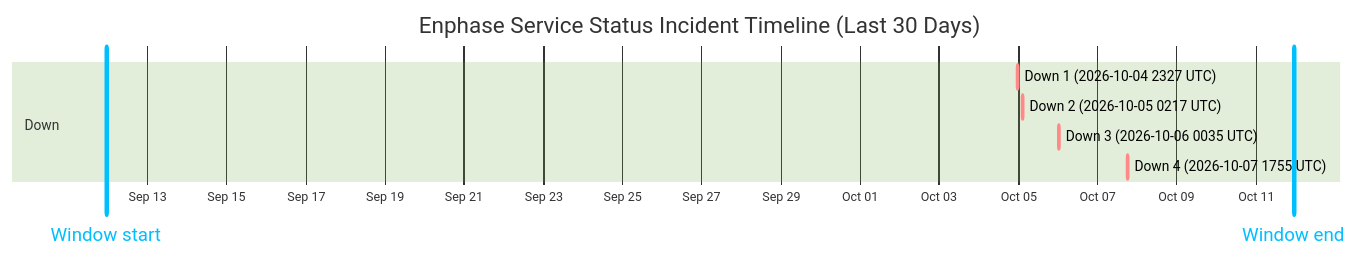
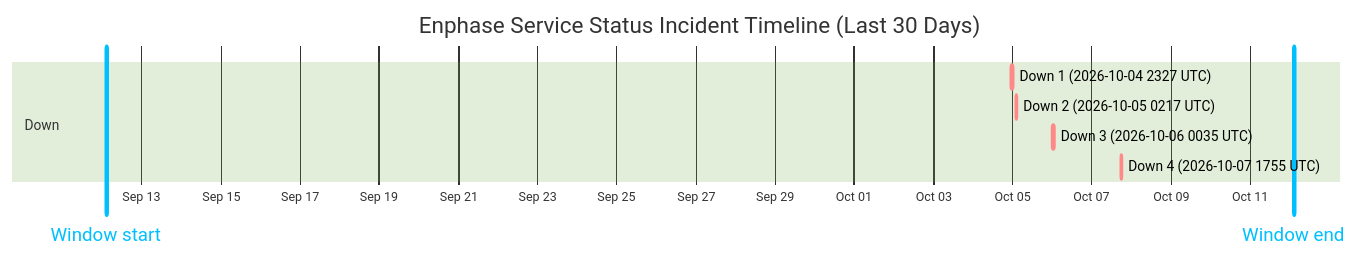
Before and after one commit to barneyonline/ha-enphase-energy: the diagram in wiki/Service-Status-History.md, drawn with Mermaid (forest theme). The commit also changed other lines of this file and 3 other files, not shown here.

````diff
--- a/wiki/Service-Status-History.md
+++ b/wiki/Service-Status-History.md
@@ -14,13 +14,13 @@
 ```mermaid
 gantt
     title Enphase Service Status Incident Timeline (Last 30 Days)
     dateFormat  YYYY-MM-DDTHH:mm:ss
     axisFormat  %b %d
-    Window start :vert, window-start, 2026-09-11T23:02:46, 0ms
-    Window end :vert, window-end, 2026-10-11T23:02:46, 0ms
+    Window start :vert, window-start, 2026-09-12T02:33:47, 0ms
+    Window end :vert, window-end, 2026-10-12T02:33:47, 0ms
     section Down
     Down 1 (2026-10-04 2327 UTC) :crit, down-1, 2026-10-04T23:27:34, 60m
     Down 2 (2026-10-05 0217 UTC) :crit, down-2, 2026-10-05T02:17:30, 60m
     Down 3 (2026-10-06 0035 UTC) :crit, down-3, 2026-10-06T00:35:21, 60m
     Down 4 (2026-10-07 1755 UTC) :crit, down-4, 2026-10-07T17:55:16, 60m
 ```
````
